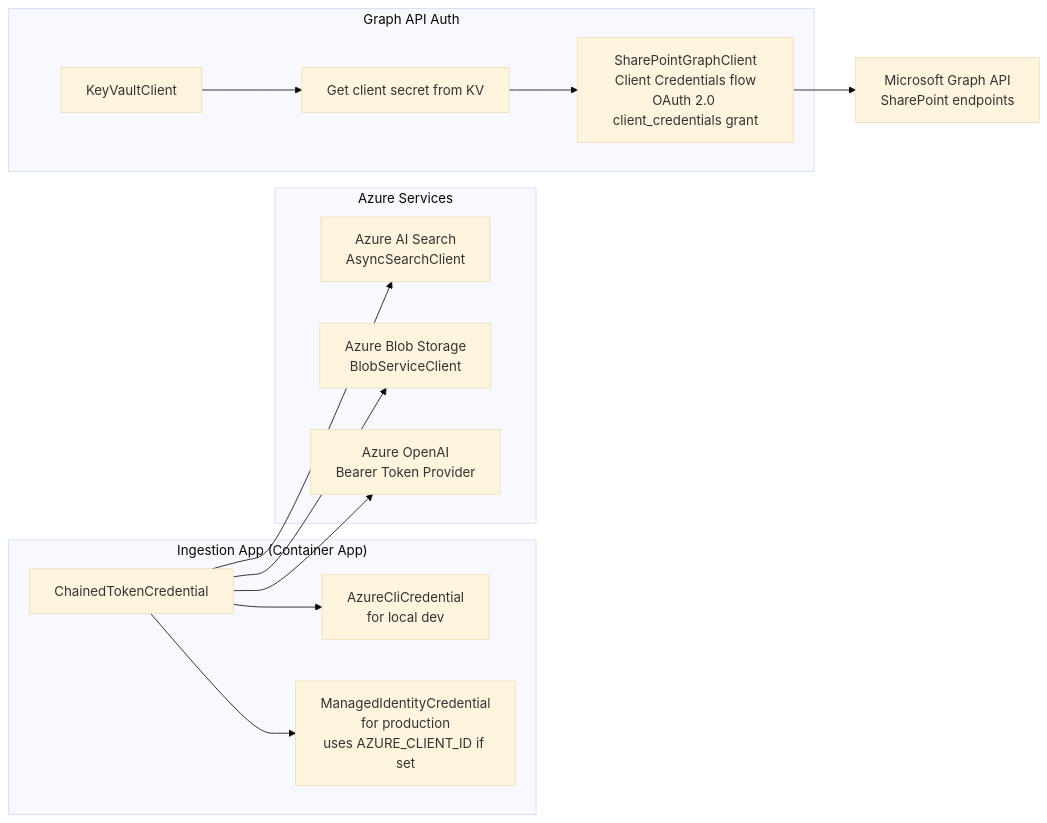
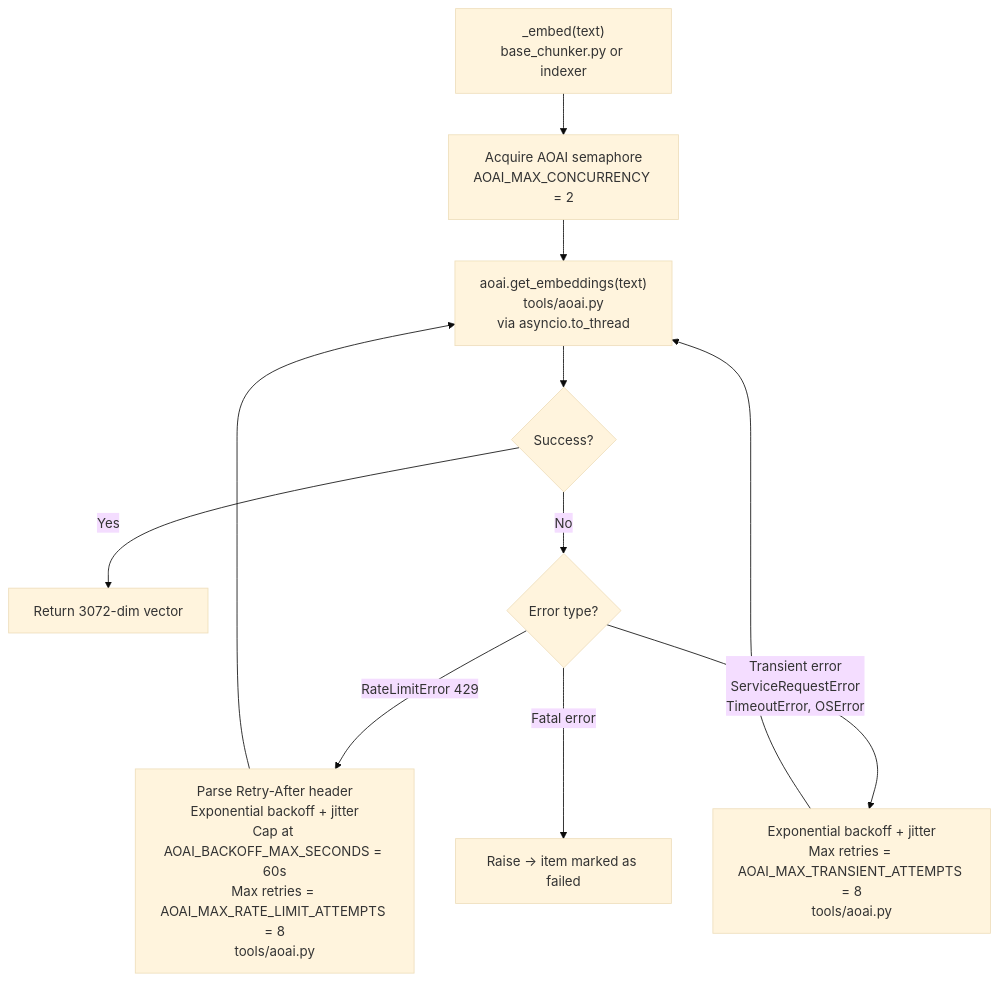
One commit to nicarzv/RAG changed the sixth of 11 diagrams in detailed ingestion process.md. Above: the diagram before and after it, drawn with Mermaid (base theme). The commit also changed other lines of this file, not shown here.

Commit message:
Updated detailed ingestion process

````diff
--- a/detailed ingestion process.md
+++ b/detailed ingestion process.md
@@ -321,24 +534,16 @@
 ```mermaid
-flowchart LR
-    subgraph INDEXER["Ingestion App (Container App)"]
-        A[ChainedTokenCredential]
-        A --> B[AzureCliCredential<br/>for local dev]
-        A --> C[ManagedIdentityCredential<br/>for production<br/>uses AZURE_CLIENT_ID if set]
-    end
+flowchart TB
+    A["_embed(text)<br/>base_chunker.py or indexer"] --> B["Acquire AOAI semaphore<br/>AOAI_MAX_CONCURRENCY = 2"]
+    B --> C["aoai.get_embeddings(text)<br/>tools/aoai.py<br/>via asyncio.to_thread"]
+    C --> D{Success?}
+    D -->|Yes| E["Return 3072-dim vector"]
+    D -->|No| F{Error type?}
 
-    subgraph SERVICES["Azure Services"]
-        D[Azure AI Search<br/>AsyncSearchClient]
-        E[Azure Blob Storage<br/>BlobServiceClient]
-        F[Azure OpenAI<br/>Bearer Token Provider]
-    end
+    F -->|RateLimitError 429| G["Parse Retry-After header<br/>Exponential backoff + jitter<br/>Cap at AOAI_BACKOFF_MAX_SECONDS = 60s<br/>Max retries = AOAI_MAX_RATE_LIMIT_ATTEMPTS = 8<br/>tools/aoai.py"]
+    G --> C
 
-    subgraph GRAPH_AUTH["Graph API Auth"]
-        G[KeyVaultClient] --> H[Get client secret from KV]
-        H --> I[SharePointGraphClient<br/>Client Credentials flow<br/>OAuth 2.0 client_credentials grant]
-    end
+    F -->|Transient error<br/>ServiceRequestError<br/>TimeoutError, OSError| H["Exponential backoff + jitter<br/>Max retries = AOAI_MAX_TRANSIENT_ATTEMPTS = 8<br/>tools/aoai.py"]
+    H --> C
 
-    A --> D
-    A --> E
-    A --> F
-    I --> J[Microsoft Graph API<br/>SharePoint endpoints]
+    F -->|Fatal error| I["Raise → item marked as failed"]
 ```
````
